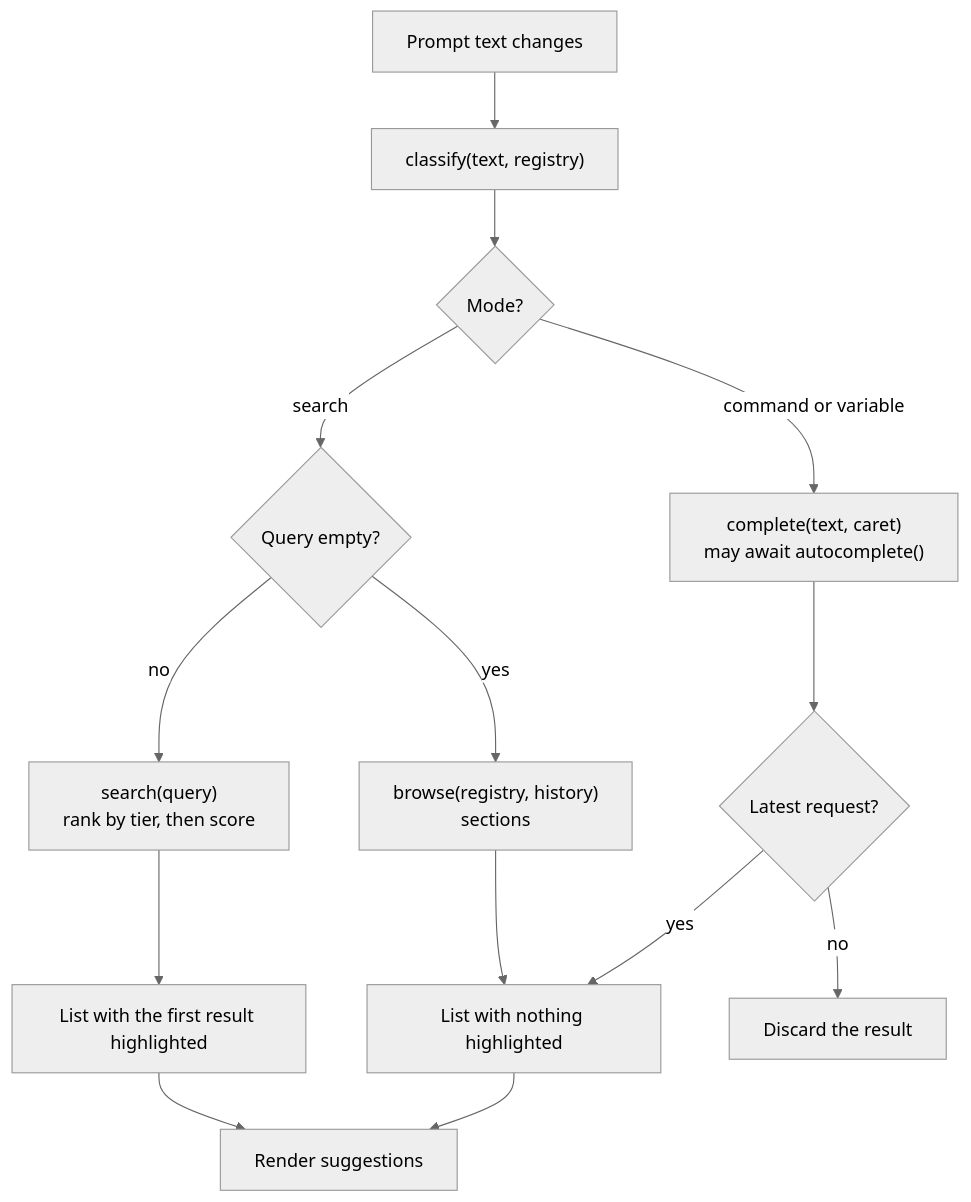
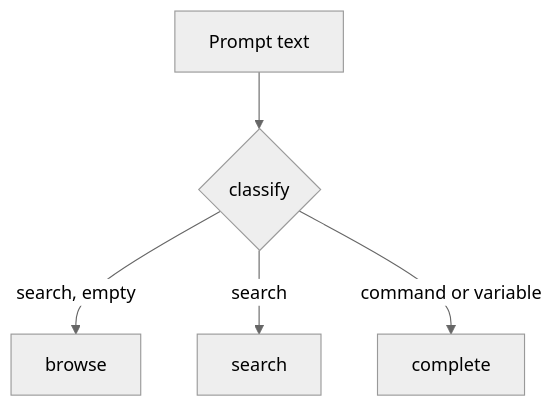
Before and after one commit to JollyPixel/editor: the second of 5 diagrams in packages/console/ARCHITECTURE.md, drawn with Mermaid (neutral theme). The commit also changed other lines of this file and 32 other files, not shown here.

````diff
--- a/packages/console/ARCHITECTURE.md
+++ b/packages/console/ARCHITECTURE.md
@@ -59,16 +33,7 @@
 ```mermaid
 flowchart TB
-    Text["Prompt text changes"] --> Classify["classify(text, registry)"]
-    Classify --> Mode{"Mode?"}
-    Mode -->|"search"| Empty{"Query empty?"}
-    Empty -->|"yes"| Browse["browse(registry, history)<br/>sections"]
-    Browse --> Plain
-    Empty -->|"no"| Search["search(query)<br/>rank by tier, then score"]
-    Search --> Preselect["List with the first result highlighted"]
-    Mode -->|"command or variable"| Complete["complete(text, caret)<br/>may await autocomplete()"]
-    Complete --> Latest{"Latest request?"}
-    Latest -->|"no"| Drop["Discard the result"]
-    Latest -->|"yes"| Plain["List with nothing highlighted"]
-    Preselect --> Show["Render suggestions"]
-    Plain --> Show
+    Text["Prompt text"] --> Mode{"classify"}
+    Mode -->|"search, empty"| Browse["browse"]
+    Mode -->|"search"| Search["search"]
+    Mode -->|"command or variable"| Complete["complete"]
 ```
````
